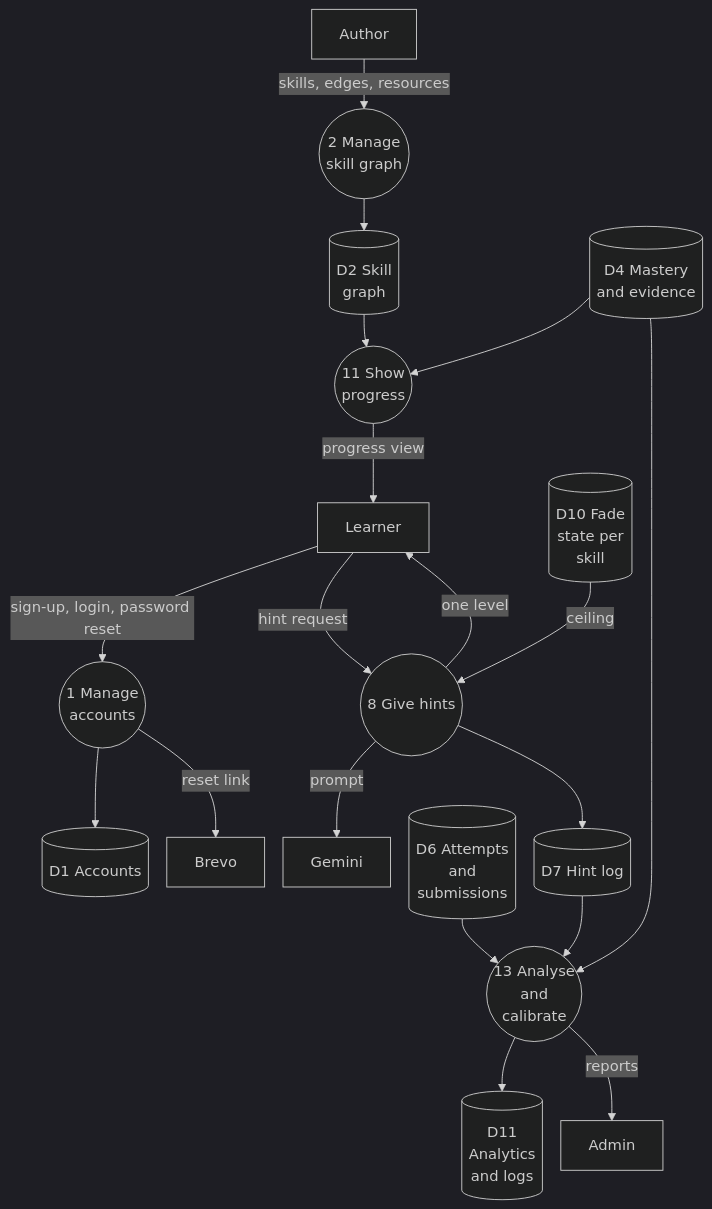
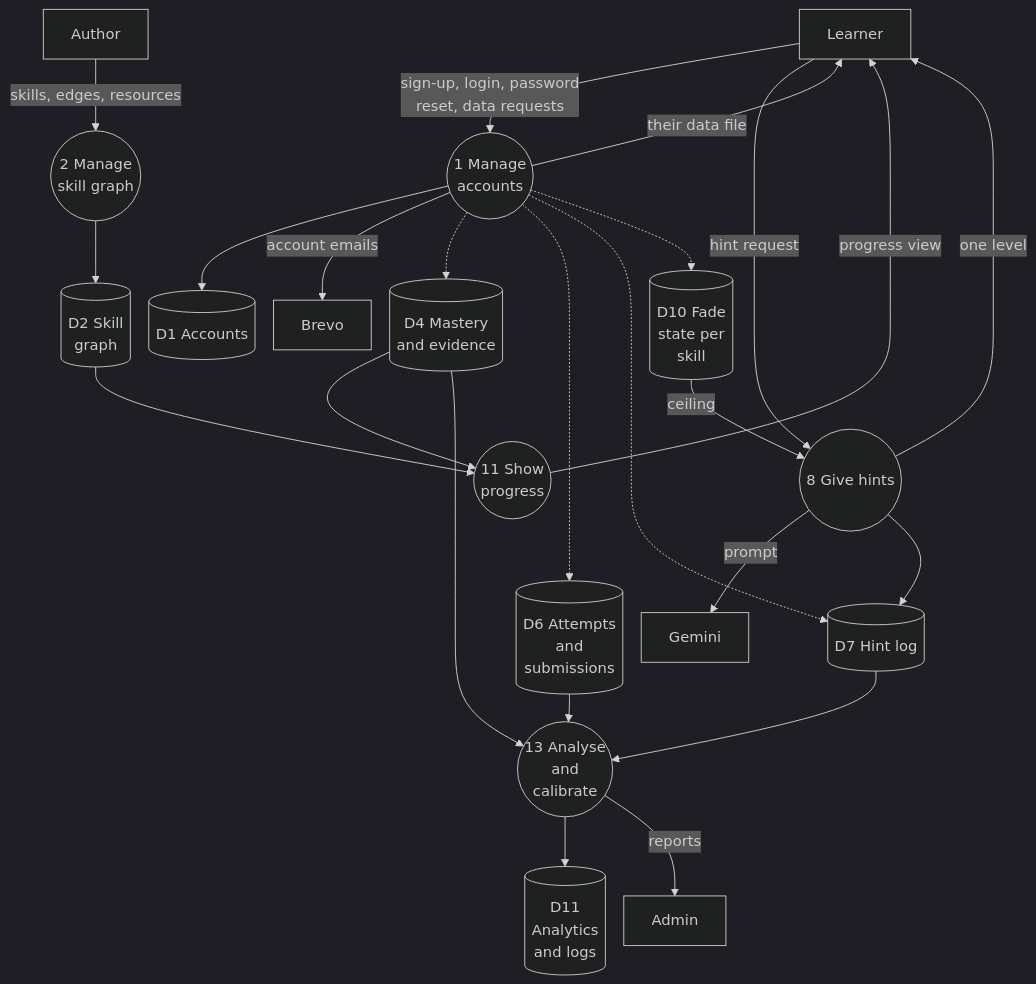
Diagram 19 of 24 in DOCS/phase-3/MP3-Draft-Report.md (Nidanos/ai-tutor-platform), drawn with Mermaid (dark theme) before and after one commit. The commit also changed other lines of this file and 1 other file, not shown here.

Commit message:
docs: update the phase 3 report for data rights, skill details, the legal pages and the client-IP fix

````diff
--- a/DOCS/phase-3/MP3-Draft-Report.md
+++ b/DOCS/phase-3/MP3-Draft-Report.md
@@ -1079,44 +1123,46 @@
 ```mermaid
 ---
 config:
   flowchart:
     nodeSpacing: 20
     rankSpacing: 30
 ---
 flowchart TB
   L["Learner"]
   AU["Author"]
   AD["Admin"]
   GEM["Gemini"]
   EM["Brevo"]
   P1(("1 Manage<br/>accounts"))
   P2(("2 Manage<br/>skill graph"))
   P8(("8 Give hints"))
   P11(("11 Show<br/>progress"))
   P13(("13 Analyse<br/>and<br/>calibrate"))
   D1[("D1 Accounts")]
   D2[("D2 Skill<br/>graph")]
   D4[("D4 Mastery<br/>and evidence")]
   D6[("D6 Attempts<br/>and<br/>submissions")]
   D7[("D7 Hint log")]
   D10[("D10 Fade<br/>state per<br/>skill")]
   D11[("D11<br/>Analytics<br/>and logs")]
-  L -->|sign-up, login, password reset| P1
+  L -->|sign-up, login, password<br/>reset, data requests| P1
   P1 --> D1
-  P1 -->|reset link| EM
+  P1 -->|their data file| L
+  P1 -->|account emails| EM
+  P1 -.-> D4 & D6 & D7 & D10
   AU -->|skills, edges, resources| P2
   P2 --> D2
   L -->|hint request| P8
   D10 -->|ceiling| P8
   P8 -->|prompt| GEM
   P8 --> D7
   P8 -->|one level| L
   D2 --> P11
   D4 --> P11
   P11 -->|progress view| L
   D4 --> P13
   D6 --> P13
   D7 --> P13
   P13 --> D11
   P13 -->|reports| AD
 ```
````
